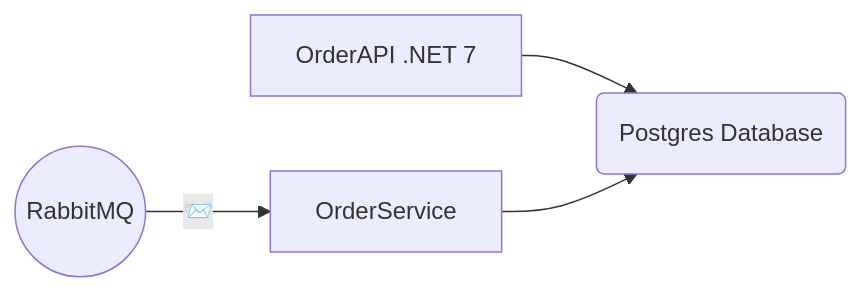
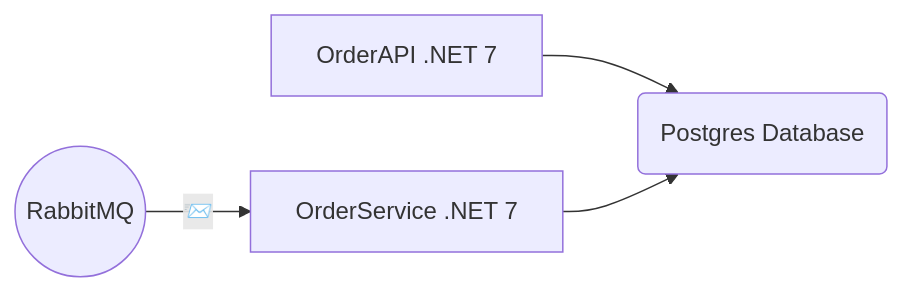
The diagram in README.md (patrick-jose/OrderService), drawn with Mermaid before and after one commit.

````diff
--- a/README.md
+++ b/README.md
@@ -7,6 +7,6 @@
 ```mermaid
 graph LR
 A[OrderAPI .NET 7] --> C(Postgres Database)
-B((RabbitMQ)) -- " 📨" --> D[OrderService]
+B((RabbitMQ)) -- " 📨" --> D[OrderService .NET 7]
 D --> C
 ```
````
